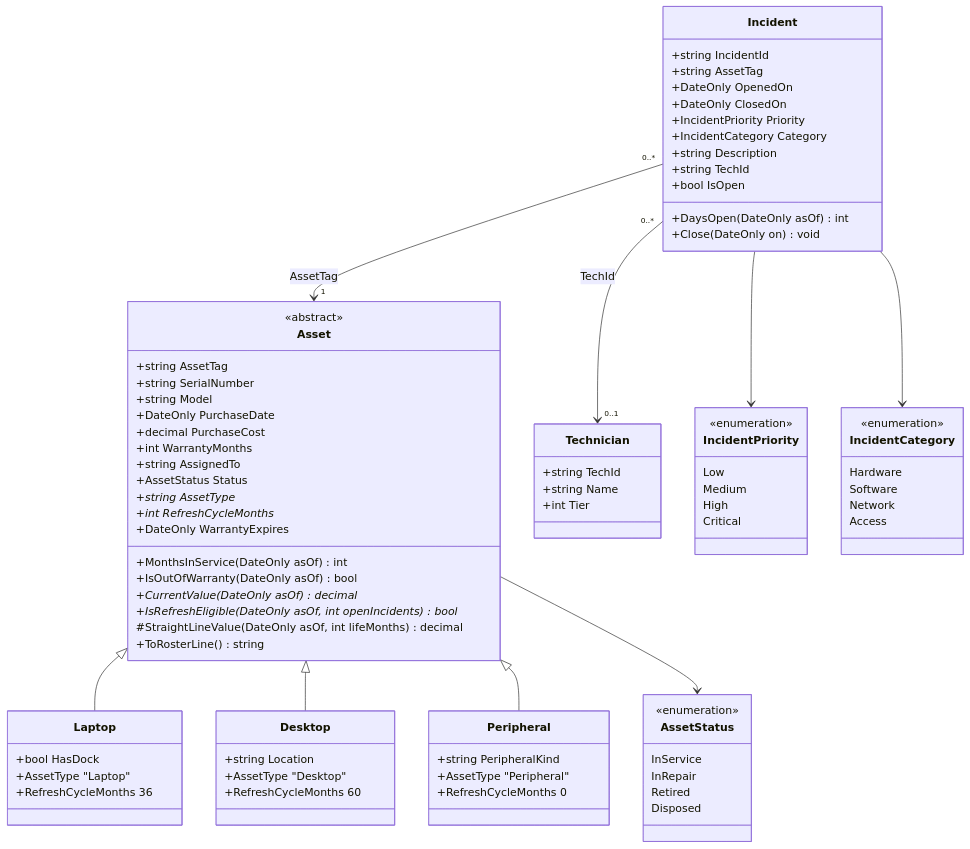
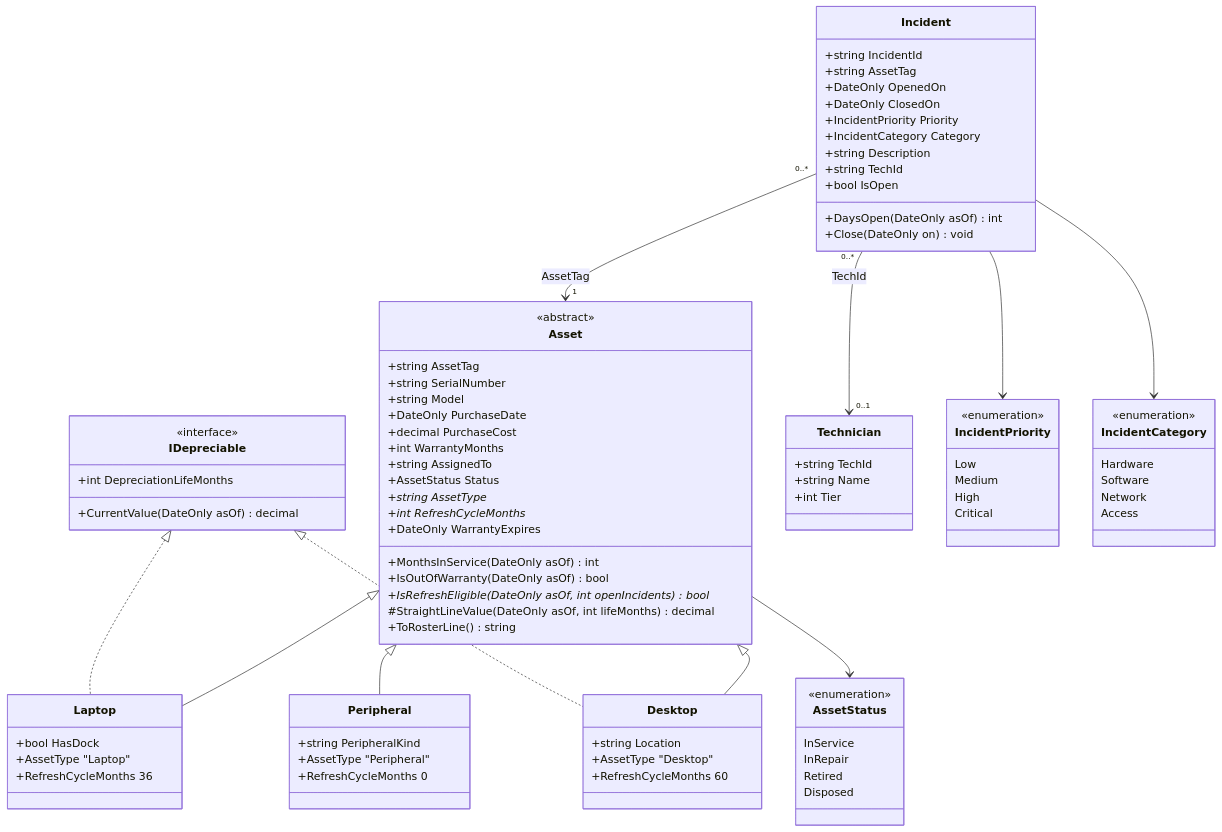
The first of 2 diagrams in docs/ARCHITECTURE.md (timothywheelspro/AssetDesk), drawn with Mermaid before and after one commit. The commit also changed other lines of this file and 13 other files, not shown here.

```diff
--- a/docs/ARCHITECTURE.md
+++ b/docs/ARCHITECTURE.md
@@ -76,12 +76,16 @@
         +DateOnly WarrantyExpires
         +MonthsInService(DateOnly asOf) int
         +IsOutOfWarranty(DateOnly asOf) bool
-        +CurrentValue(DateOnly asOf) decimal*
         +IsRefreshEligible(DateOnly asOf, int openIncidents) bool*
         #StraightLineValue(DateOnly asOf, int lifeMonths) decimal
         +ToRosterLine() string
     }
 
+    class IDepreciable {
+        <<interface>>
+        +int DepreciationLifeMonths
+        +CurrentValue(DateOnly asOf) decimal
+    }
     class Laptop {
         +bool HasDock
         +AssetType "Laptop"
@@ -143,6 +147,8 @@
     Asset <|-- Laptop
     Asset <|-- Desktop
     Asset <|-- Peripheral
+    IDepreciable <|.. Laptop
+    IDepreciable <|.. Desktop
     Incident "0..*" --> "1" Asset : AssetTag
     Incident "0..*" --> "0..1" Technician : TechId
     Asset --> AssetStatus
```
